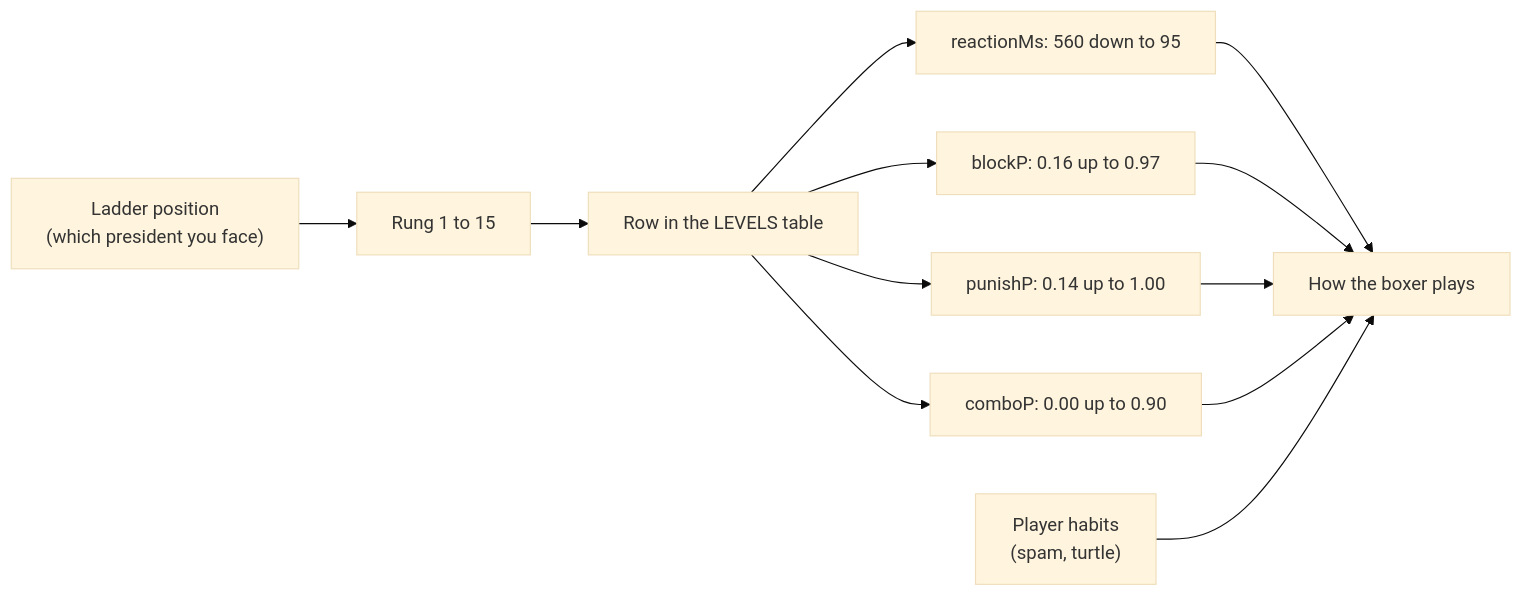
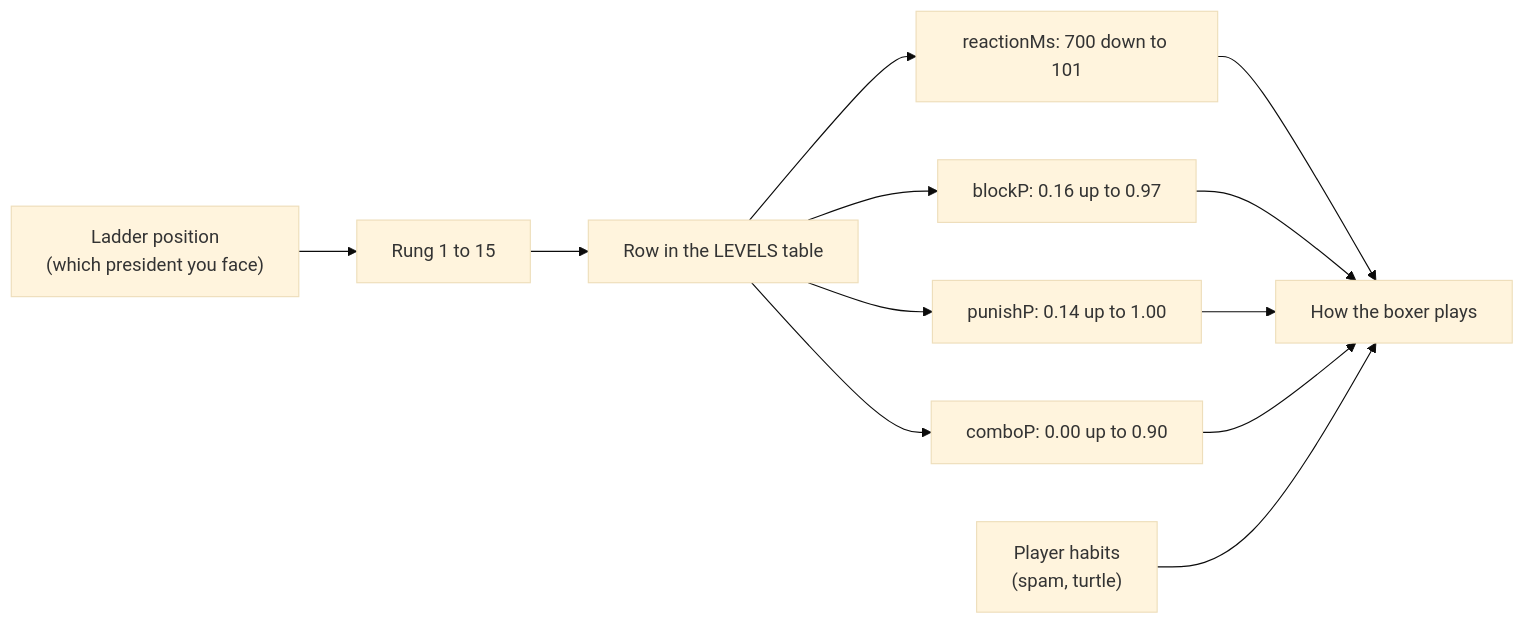
The tenth of 10 diagrams in DOCS/20261003/architecture_overview.md (punkouter26/PoMiniGames), drawn with Mermaid (base theme) before and after one commit. The commit also changed other lines of this file and 76 other files, not shown here.

````diff
--- a/DOCS/20261003/architecture_overview.md
+++ b/DOCS/20261003/architecture_overview.md
@@ -299,14 +299,14 @@
 ```mermaid
 flowchart LR
     LAD["Ladder position<br/>(which president you face)"] --> RUNG["Rung 1 to 15"]
     RUNG --> ROW["Row in the LEVELS table"]
-    ROW --> K1["reactionMs: 560 down to 95"]
+    ROW --> K1["reactionMs: 700 down to 101"]
     ROW --> K2["blockP: 0.16 up to 0.97"]
     ROW --> K3["punishP: 0.14 up to 1.00"]
     ROW --> K4["comboP: 0.00 up to 0.90"]
     K1 --> BEH["How the boxer plays"]
     K2 --> BEH
     K3 --> BEH
     K4 --> BEH
     HAB["Player habits<br/>(spam, turtle)"] --> BEH
 ```
````
